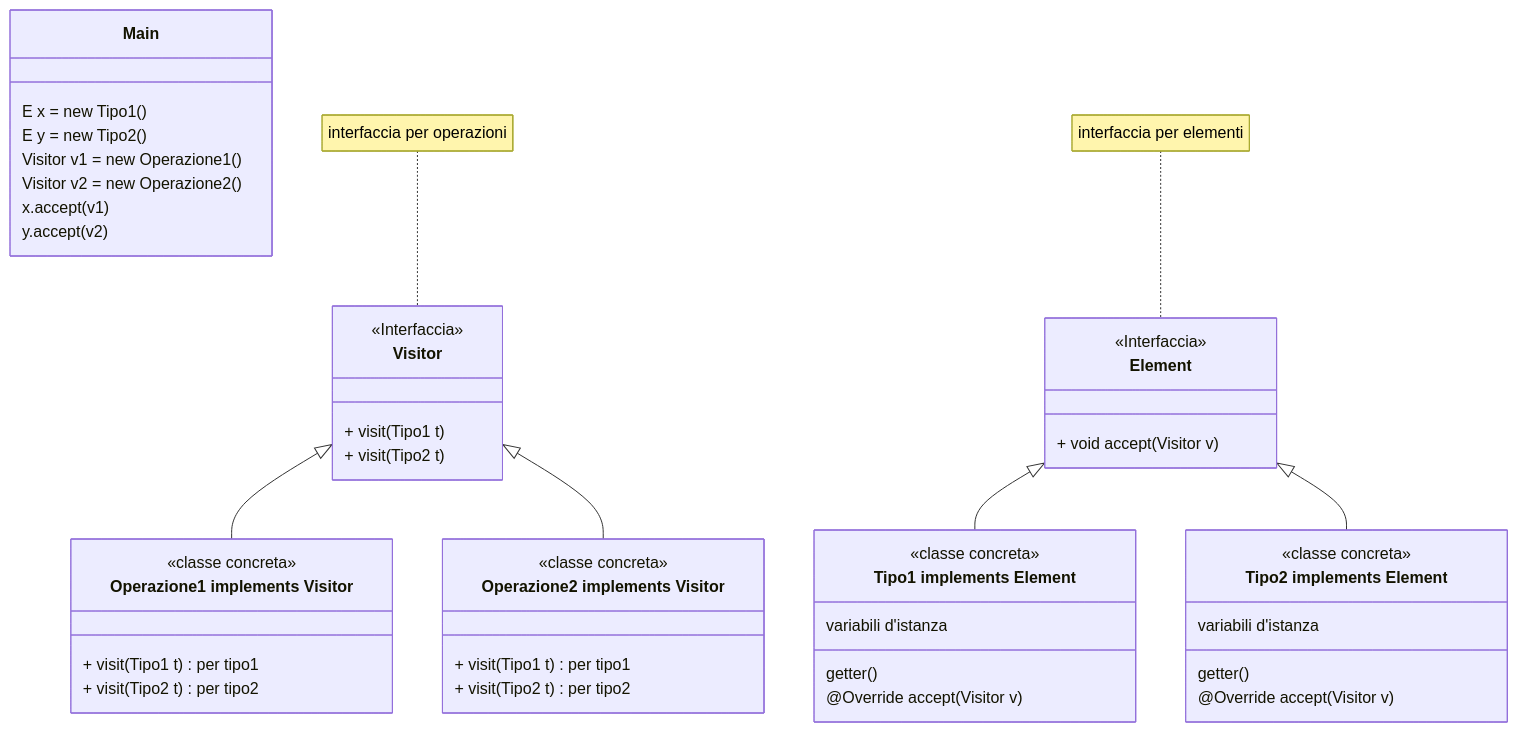
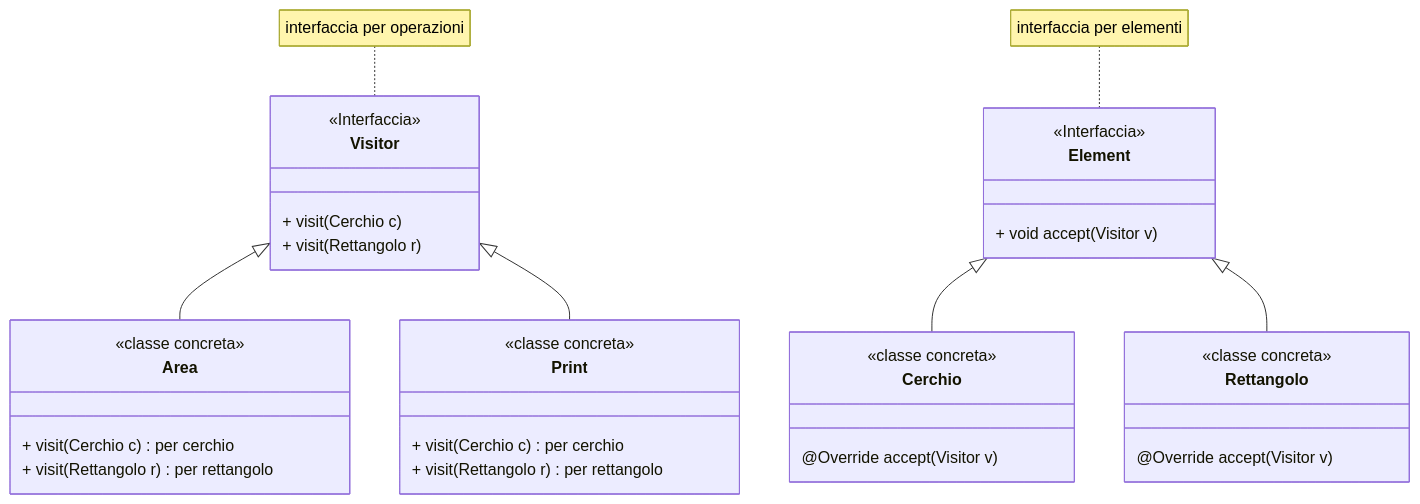
One commit to comarandr/comarandr.github.io changed diagram 11 of 12 in universita/oop.md. Above: the diagram before and after it, drawn with Mermaid. The commit also changed other lines of this file and 2 other files, not shown here.

````diff
--- a/universita/oop.md
+++ b/universita/oop.md
@@ -1372,63 +1377,49 @@
 ```mermaid
 ---
 config:
     class:
         hideEmptyMembersBox: true
 ---
 classDiagram
     note for Visitor "interfaccia per operazioni"
 
     note for Element "interfaccia per elementi"
 
-    class Main{
-        E x = new Tipo1()
-        E y = new Tipo2()
-        Visitor v1 = new Operazione1()
-        Visitor v2 = new Operazione2()
-
-        x.accept(v1)
-        y.accept(v2)
-    }
-
     class Visitor{
         <<Interfaccia>>
-        + visit(Tipo1 t)
-        + visit(Tipo2 t)
+        + visit(Cerchio c)
+        + visit(Rettangolo r)
     }
 
     class Element{
         <<Interfaccia>>
         + void accept(Visitor v)
     }
 
-    class `Tipo1 implements Element`{
+    class `Cerchio`{
         <<classe concreta>>
-        variabili d'istanza
-        getter()
         @Override accept(Visitor v)
     }
 
-    class `Tipo2 implements Element`{
+    class `Rettangolo`{
         <<classe concreta>>
-        variabili d'istanza
-        getter()
         @Override accept(Visitor v)
     }
 
-    class `Operazione1 implements Visitor`{
+    class `Area`{
         <<classe concreta>>
-        + visit(Tipo1 t) per tipo1
-        + visit(Tipo2 t) per tipo2
+        + visit(Cerchio c) per cerchio
+        + visit(Rettangolo r) per rettangolo
     }
 
-    class `Operazione2 implements Visitor`{
+    class `Print`{
         <<classe concreta>>
-        + visit(Tipo1 t) per tipo1
-        + visit(Tipo2 t) per tipo2
+        + visit(Cerchio c) per cerchio
+        + visit(Rettangolo r) per rettangolo
     }
 
-    Visitor <|-- `Operazione1 implements Visitor`
-    Visitor <|-- `Operazione2 implements Visitor`
-    Element <|-- `Tipo1 implements Element`
-    Element <|-- `Tipo2 implements Element`
+    Visitor <|-- `Area`
+    Visitor <|-- `Print`
+    Element <|-- `Cerchio`
+    Element <|-- `Rettangolo`
 ```
````
